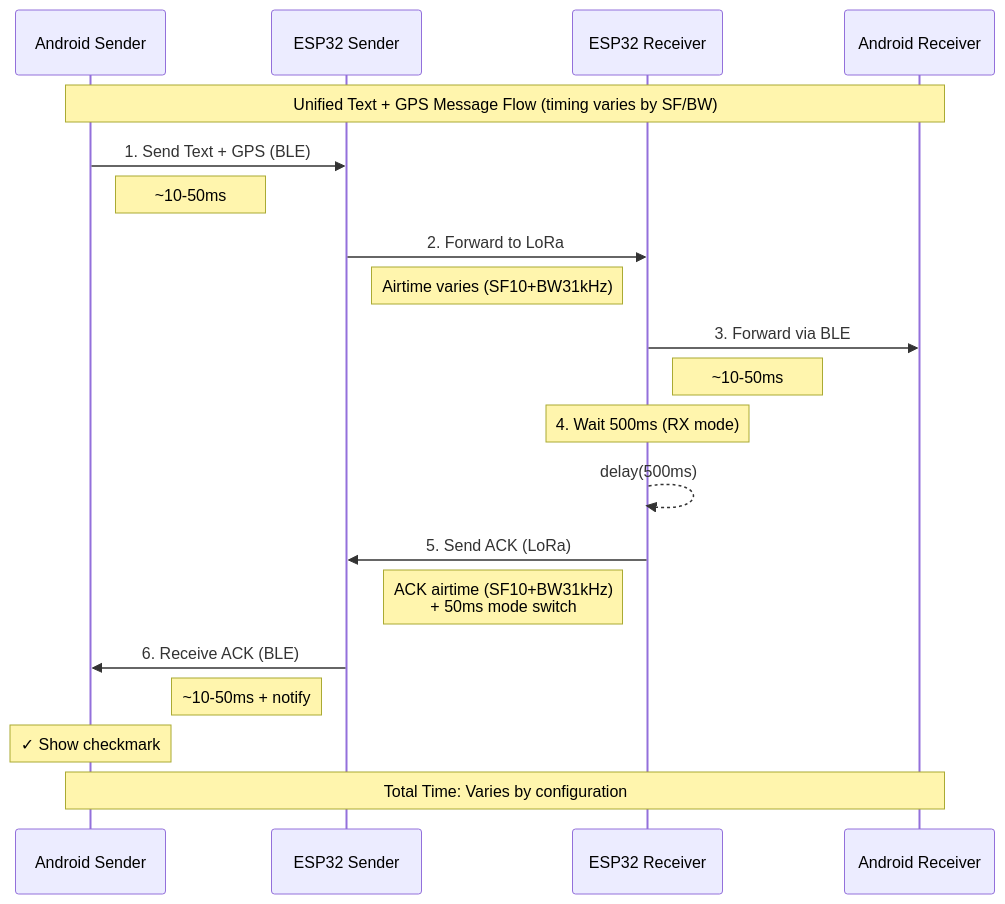
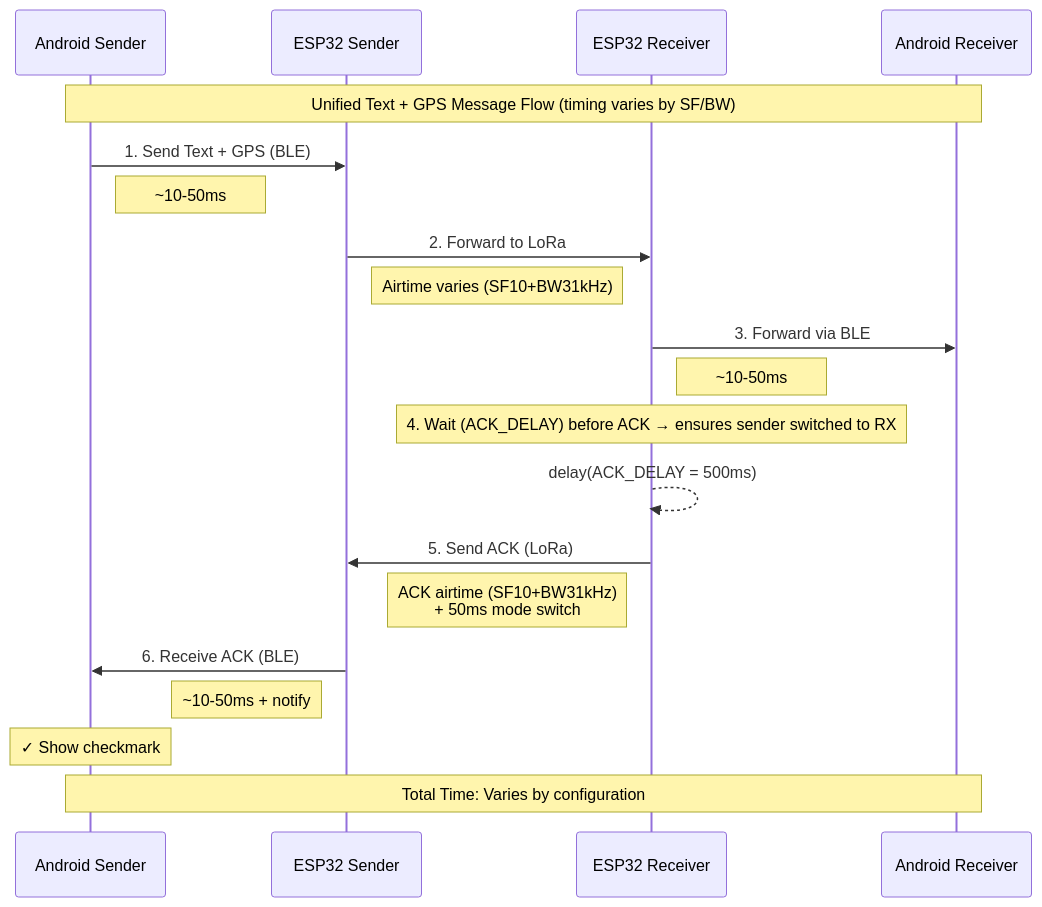
One commit to psytraxx/android-lora-ble-bridge changed the second of 3 diagrams in README.md. Above: the diagram before and after it, drawn with Mermaid. The commit also changed other lines of this file and 17 other files, not shown here.

````diff
--- a/README.md
+++ b/README.md
@@ -200,31 +210,32 @@
 ```mermaid
 sequenceDiagram
     participant AS as Android Sender
     participant ES as ESP32 Sender
     participant ER as ESP32 Receiver
     participant AR as Android Receiver
 
     Note over AS,AR: Unified Text + GPS Message Flow (timing varies by SF/BW)
 
     AS->>ES: 1. Send Text + GPS (BLE)
     Note right of AS: ~10-50ms
 
     ES->>ER: 2. Forward to LoRa
     Note right of ES: Airtime varies (SF10+BW31kHz)
     
     ER->>AR: 3. Forward via BLE
     Note right of ER: ~10-50ms
     
-    Note over ER: 4. Wait 500ms (RX mode)
-    ER-->>ER: delay(500ms)
-    
-    ER->>ES: 5. Send ACK (LoRa)
-    Note left of ER: ACK airtime (SF10+BW31kHz)<br/>+ 50ms mode switch
 
-    ES->>AS: 6. Receive ACK (BLE)
-    Note left of ES: ~10-50ms + notify
+  Note over ER: 4. Wait (ACK_DELAY) before ACK → ensures sender switched to RX
+  ER-->>ER: delay(ACK_DELAY = 500ms)
+
+  ER->>ES: 5. Send ACK (LoRa)
+  Note left of ER: ACK airtime (SF10+BW31kHz)<br/>+ 50ms mode switch
+
+  ES->>AS: 6. Receive ACK (BLE)
+  Note left of ES: ~10-50ms + notify
 
     Note over AS: ✓ Show checkmark
 
     Note over AS,AR: Total Time: Varies by configuration
 ```
````
